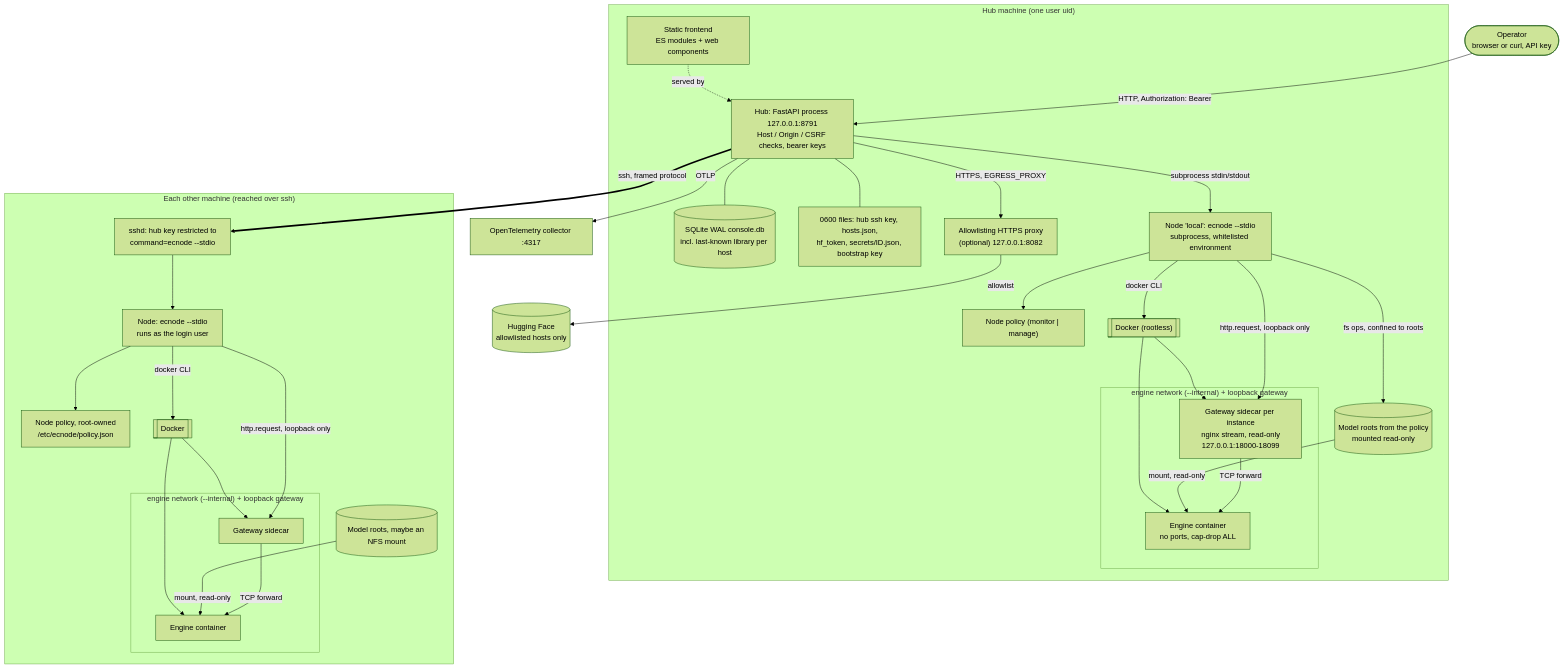
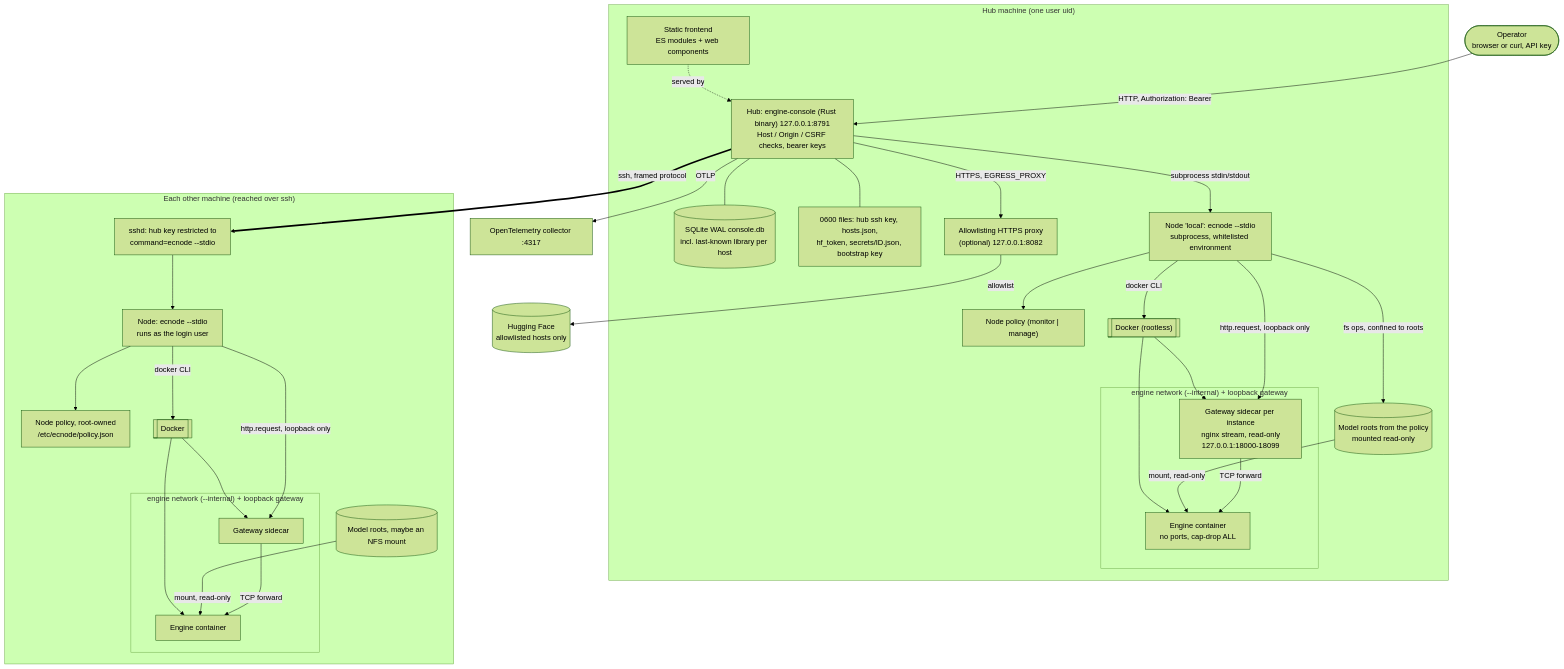
Before and after one commit to willboyden/engine-console: the diagram in docs/diagrams/c4-container.md, drawn with Mermaid (forest theme). The commit also changed 748 other files, not shown here.

````diff
--- a/docs/diagrams/c4-container.md
+++ b/docs/diagrams/c4-container.md
@@ -7,56 +7,56 @@
 ```mermaid
 flowchart TB
   op(["Operator<br/>browser or curl, API key"])
   hf[("Hugging Face<br/>allowlisted hosts only")]
   otel["OpenTelemetry collector :4317"]
   subgraph hubm["Hub machine (one user uid)"]
     fe["Static frontend<br/>ES modules + web components"]
-    api["Hub: FastAPI process 127.0.0.1:8791<br/>Host / Origin / CSRF checks, bearer keys"]
+    api["Hub: engine-console (Rust binary) 127.0.0.1:8791<br/>Host / Origin / CSRF checks, bearer keys"]
     db[("SQLite WAL console.db<br/>incl. last-known library per host")]
     sec["0600 files: hub ssh key, hosts.json,<br/>hf_token, secrets/ID.json, bootstrap key"]
     proxy["Allowlisting HTTPS proxy<br/>(optional) 127.0.0.1:8082"]
     lnode["Node 'local': ecnode --stdio<br/>subprocess, whitelisted environment"]
     lpol["Node policy (monitor | manage)"]
     ldock[["Docker (rootless)"]]
     subgraph lnet["engine network (--internal) + loopback gateway"]
       lgw["Gateway sidecar per instance<br/>nginx stream, read-only<br/>127.0.0.1:18000-18099"]
       leng["Engine container<br/>no ports, cap-drop ALL"]
     end
     lroots[("Model roots from the policy<br/>mounted read-only")]
   end
   subgraph remote["Each other machine (reached over ssh)"]
     sshd["sshd: hub key restricted to<br/>command=ecnode --stdio"]
     rnode["Node: ecnode --stdio<br/>runs as the login user"]
     rpol["Node policy, root-owned<br/>/etc/ecnode/policy.json"]
     rdock[["Docker"]]
     subgraph rnet["engine network (--internal) + loopback gateway"]
       rgw["Gateway sidecar"]
       reng["Engine container"]
     end
     rroots[("Model roots, maybe an NFS mount")]
   end
   fe -. "served by" .-> api
   op -->|"HTTP, Authorization: Bearer"| api
   api --- db
   api --- sec
   api -->|"subprocess stdin/stdout"| lnode
   lnode --> lpol
   lnode -->|docker CLI| ldock
   ldock --> lgw
   ldock --> leng
   lroots -->|"mount, read-only"| leng
   lnode -->|"fs ops, confined to roots"| lroots
   lnode -->|"http.request, loopback only"| lgw
   lgw -->|"TCP forward"| leng
   api ==>|"ssh, framed protocol"| sshd
   sshd --> rnode
   rnode --> rpol
   rnode -->|docker CLI| rdock
   rdock --> rgw
   rdock --> reng
   rroots -->|"mount, read-only"| reng
   rnode -->|"http.request, loopback only"| rgw
   rgw -->|"TCP forward"| reng
   api -->|"HTTPS, EGRESS_PROXY"| proxy -->|allowlist| hf
   api -->|OTLP| otel
 ```
````
